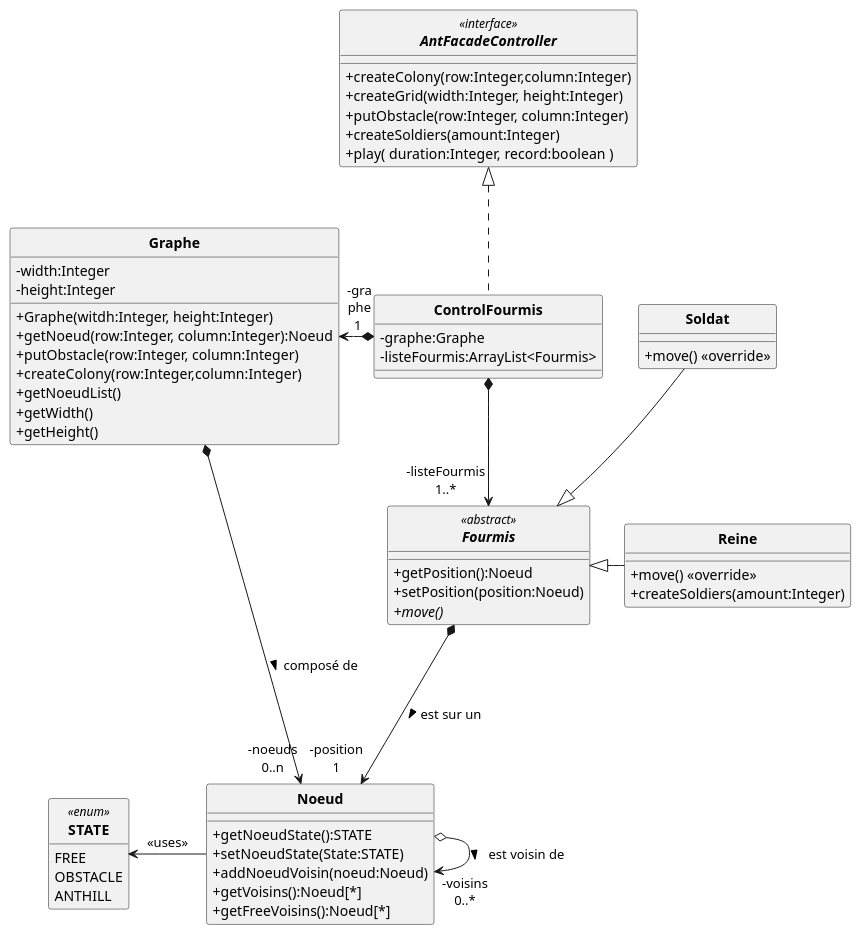
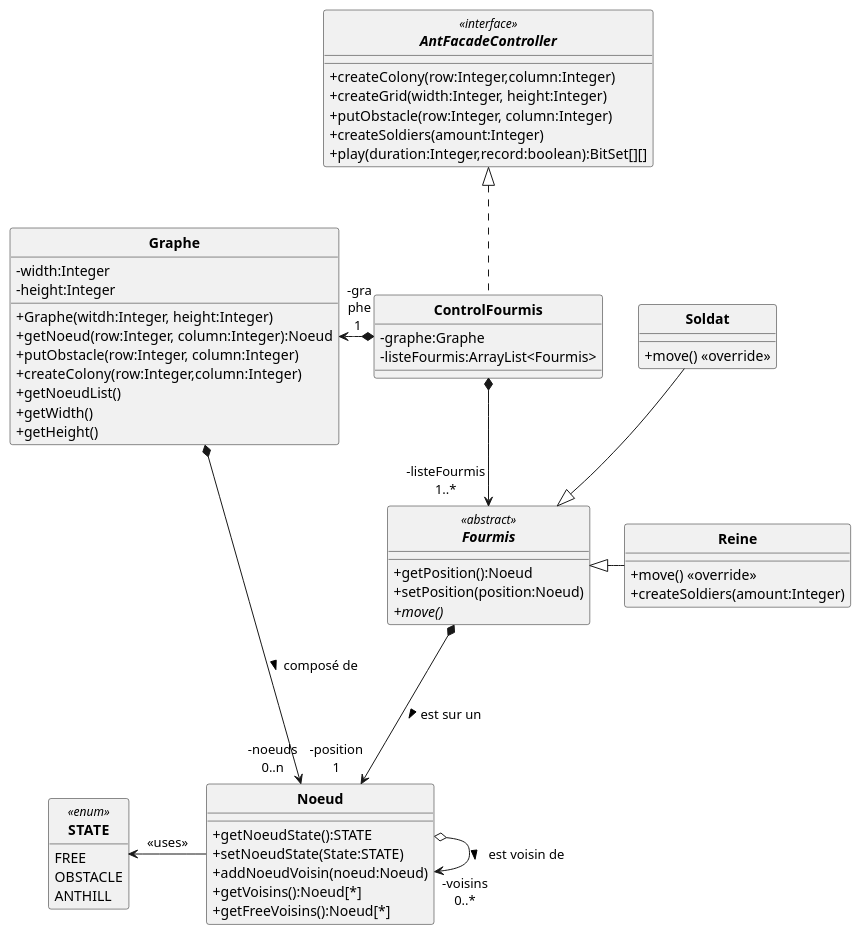
The diagram in src/main/uml/Fourmis_DC.puml (ErenMustafaGit/ColonieFourmis), drawn with PlantUML before and after one commit. The commit also changed 1 other file, not shown here.

```diff
--- a/src/main/uml/Fourmis_DC.puml
+++ b/src/main/uml/Fourmis_DC.puml
@@ -1,87 +1,87 @@
 @startuml
 'https://plantuml.com/sequence-diagram
 allow_mixing
 skinparam style strictuml
 skinparam classAttributeIconSize 0
 skinparam circledCharacterRadius 0
 skinparam circledCharacterFontSize 0
 skinparam classFontStyle Bold
 'autonumber
 hide enum methods
 
 'Controleur
 interface AntFacadeController <<interface>> {
     '+setParameters( evaporationParam:Integer, foodParam:Integer, pheromoneParam:Integer )
     +createColony(row:Integer,column:Integer)
     +createGrid(width:Integer, height:Integer)
     +putObstacle(row:Integer, column:Integer)
     '+putFood( row:Integer, column:Integer, quantity:Integer);
     '+createWorkers( amount:Integer )
     +createSoldiers(amount:Integer)
     '+setAntFile(antLogFile:String);
-    +play( duration:Integer, record:boolean )
+    +play(duration:Integer,record:boolean):BitSet[][]
 }
 
 class Noeud {
     +getNoeudState():STATE
     +setNoeudState(State:STATE)
     +addNoeudVoisin(noeud:Noeud)
     +getVoisins():Noeud[*]
     +getFreeVoisins():Noeud[*]
 }
 enum STATE <<enum>> {
     FREE
     OBSTACLE
     ANTHILL
 }
 
 
 abstract Fourmis <<abstract>> {
     +getPosition():Noeud
     +setPosition(position:Noeud)
     {abstract} +move()
 }
 class Reine{
     +move() <<override>>
     +createSoldiers(amount:Integer)
 
 }
 class Soldat{
     +move() <<override>>
 }
 
 
 class ControlFourmis implements AntFacadeController{
     -graphe:Graphe
     -listeFourmis:ArrayList<Fourmis>
 }
 
 
 class Graphe{
  -width:Integer
  -height:Integer
  +Graphe(witdh:Integer, height:Integer)
  +getNoeud(row:Integer, column:Integer):Noeud
  +putObstacle(row:Integer, column:Integer)
  +createColony(row:Integer,column:Integer)
  +getNoeudList()
  +getWidth()
  +getHeight()
 }
 
 
 Soldat --|> Fourmis
 Reine -l-|> Fourmis
 
 ControlFourmis "-gra\nphe\n1 " *-l-> Graphe
 ControlFourmis  *--> "-listeFourmis\n1..*" Fourmis
 
 Graphe *-r-> "-noeuds\n0..n" Noeud : composé de >
 'historique = liste de noeud déjà passé par la fourmi
 '"-position 1\n-historique 0..*"
 Fourmis *---> "-position\n1" Noeud  : est sur un >
 Noeud o-> "-voisins\n0..*"  Noeud  : est voisin de >
 
 Noeud -l-> STATE : <<uses>>
 
 @enduml
```
